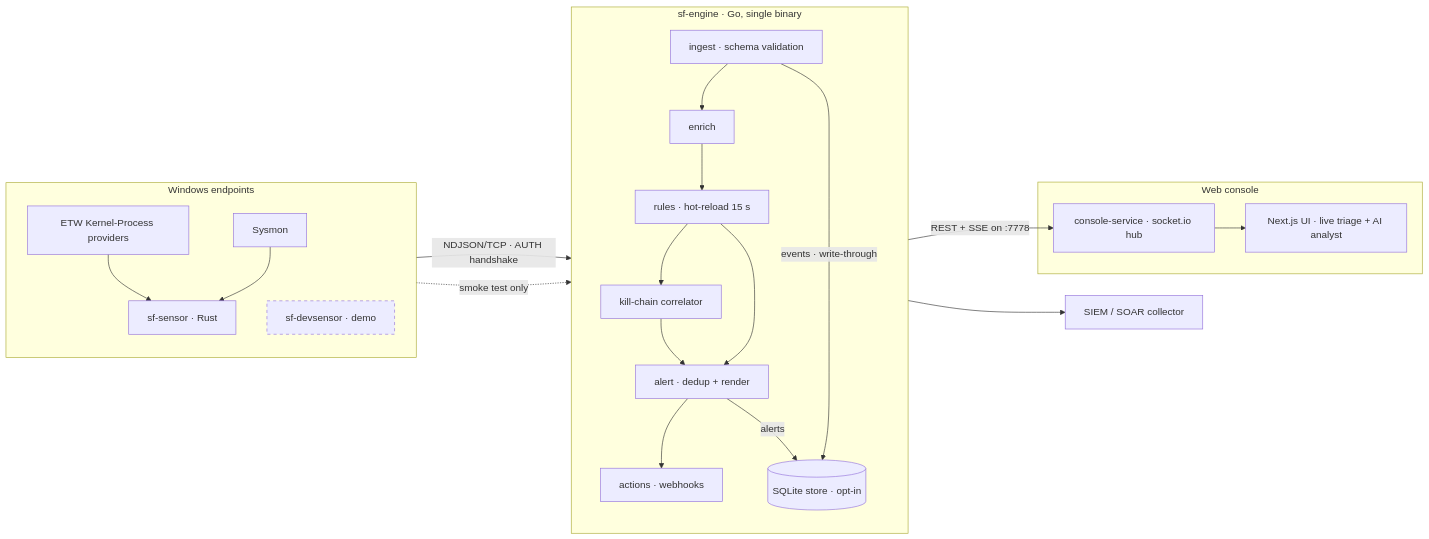
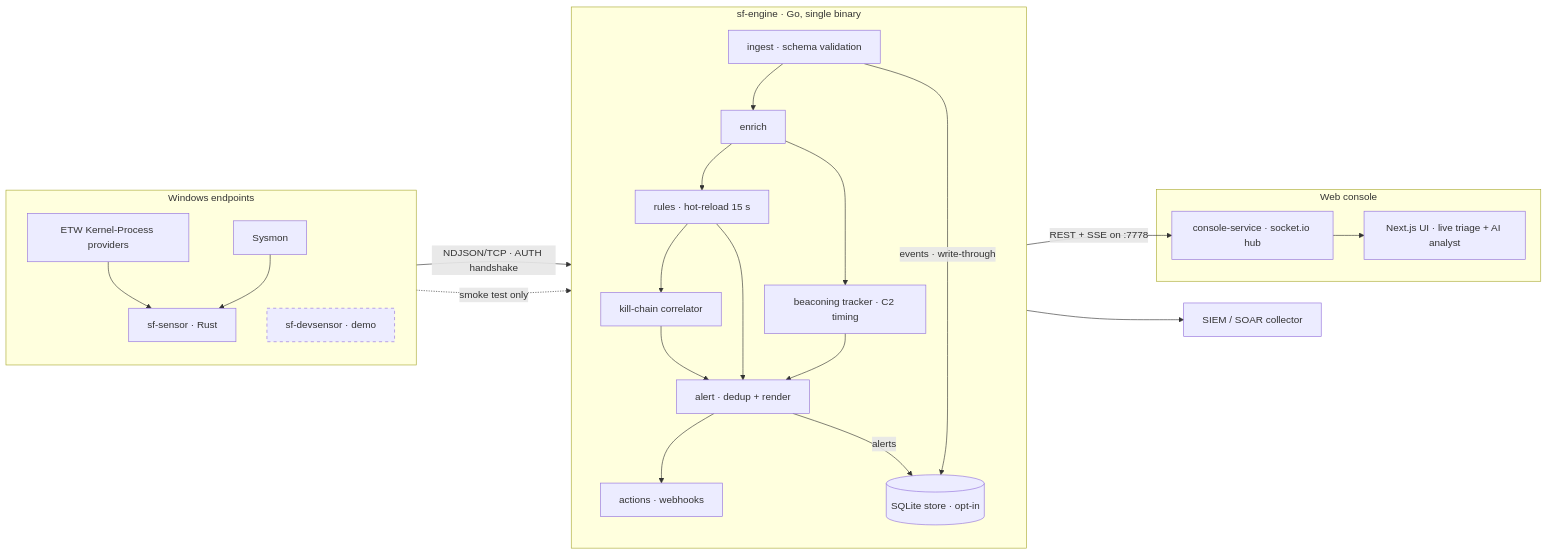
Before and after one commit to Ruby570bocadito/bluetardigrade: the diagram in README.md, drawn with Mermaid. The commit also changed other lines of this file and 4 other files, not shown here.

````diff
--- a/README.md
+++ b/README.md
@@ -105,33 +105,35 @@
 ```mermaid
 flowchart LR
     subgraph EP["Windows endpoints"]
         direction TB
         ETW["ETW Kernel-Process providers"] --> RS["sf-sensor · Rust"]
         SYS["Sysmon"] --> RS
         DS["sf-devsensor · demo"]:::demo
     end
 
     RS -- "NDJSON/TCP · AUTH handshake" --> ING
     DS -. "smoke test only" .-> ING
 
     subgraph ENG["sf-engine · Go, single binary"]
         direction TB
         ING["ingest · schema validation"] --> ENR["enrich"]
         ENR --> RUL["rules · hot-reload 15 s"]
+        ENR --> BCN["beaconing tracker · C2 timing"]
         RUL --> COR["kill-chain correlator"]
         RUL --> ALR["alert · dedup + render"]
         COR --> ALR
+        BCN --> ALR
         ALR --> ACT["actions · webhooks"]
         ING -- "events · write-through" --> ST[("SQLite store · opt-in")]
         ALR -- "alerts" --> ST
     end
 
     ACT --> WH["SIEM / SOAR collector"]
     ENG -- "REST + SSE on :7778" --> HUB
 
     subgraph CON["Web console"]
         HUB["console-service · socket.io hub"] --> UI["Next.js UI · live triage + AI analyst"]
     end
 
     classDef demo stroke-dasharray: 5 5;
 ```
````
